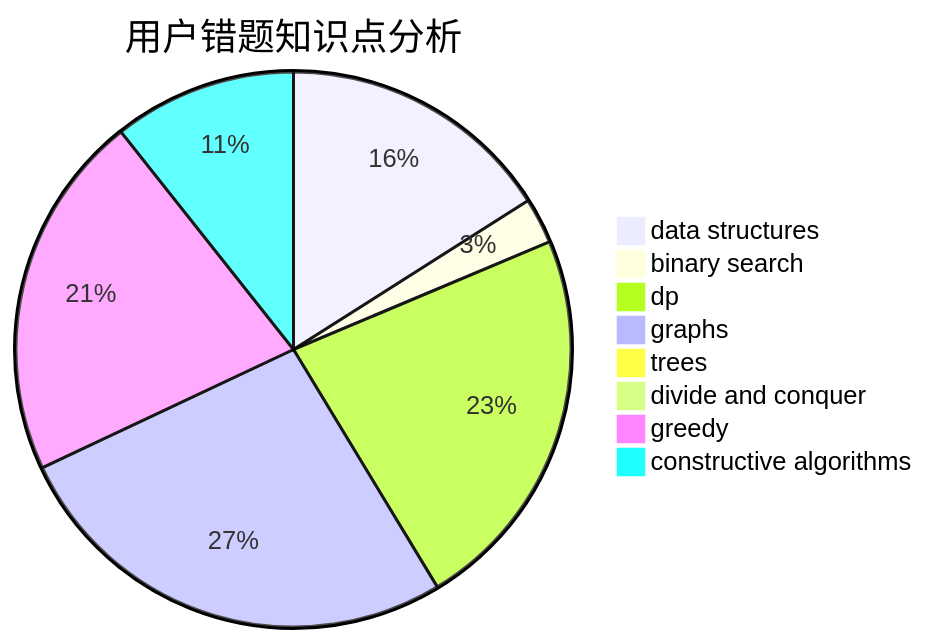
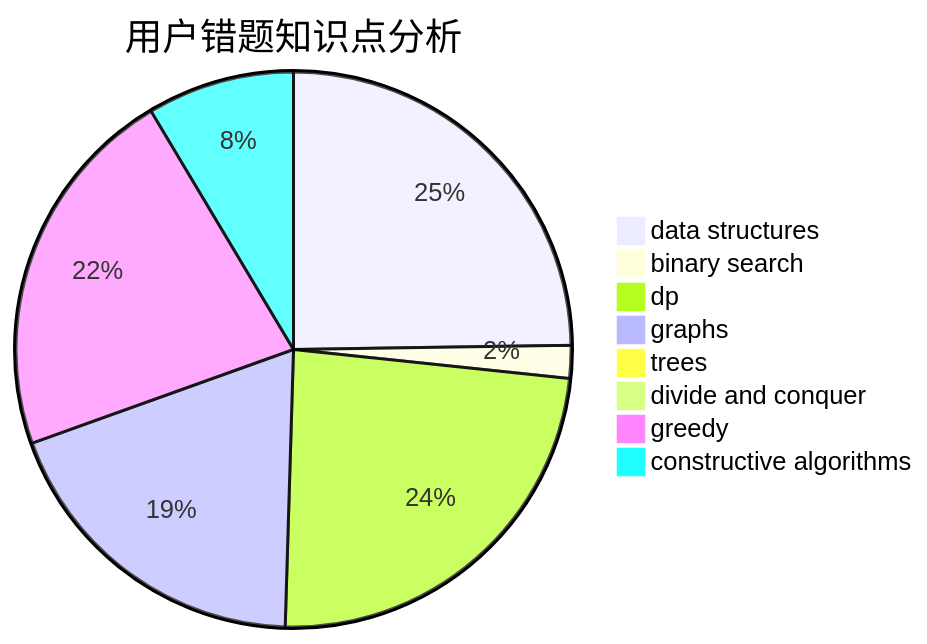
Before and after one commit to sherpahu/cfrs.github.io: the third of 3 diagrams in docs/user/u2708.md, drawn with Mermaid. The commit also changed other lines of this file and 2770 other files, not shown here.

````diff
--- a/docs/user/u2708.md
+++ b/docs/user/u2708.md
@@ -36,11 +36,11 @@
 ```mermaid
 pie title 用户错题知识点分析
-    "data structures" :  12
+    "data structures" :  26
     "binary search" :  2
-    "dp" :  17
+    "dp" :  25
     "graphs" :  20
     "trees" :  0
-    "divide and conquer" :  0
-    "greedy" :  16
-    "constructive algorithms" :  8
+    "divide and conquer" :  1
+    "greedy" :  23
+    "constructive algorithms" :  9
 ```
````
